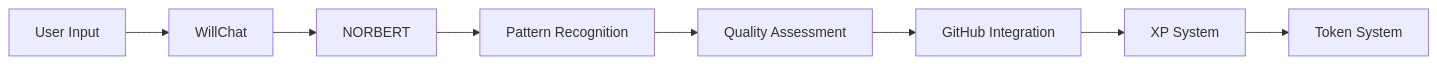
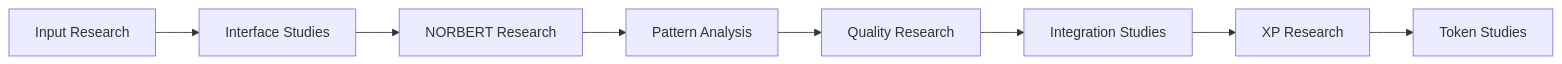
Before and after one commit to skenai/WILL: the diagram in Technical-Implementation.md, drawn with Mermaid. The commit also changed other lines of this file and 81 other files, not shown here.

````diff
--- a/Technical-Implementation.md
+++ b/Technical-Implementation.md
@@ -57,10 +52,10 @@
 ```mermaid
 graph LR
-    A[User Input] --> B[WillChat]
-    B --> C[NORBERT]
-    C --> D[Pattern Recognition]
-    D --> E[Quality Assessment]
-    E --> F[GitHub Integration]
-    F --> G[XP System]
-    G --> H[Token System]
+    A[Input Research] --> B[Interface Studies]
+    B --> C[NORBERT Research]
+    C --> D[Pattern Analysis]
+    D --> E[Quality Research]
+    E --> F[Integration Studies]
+    F --> G[XP Research]
+    G --> H[Token Studies]
 ```
````
